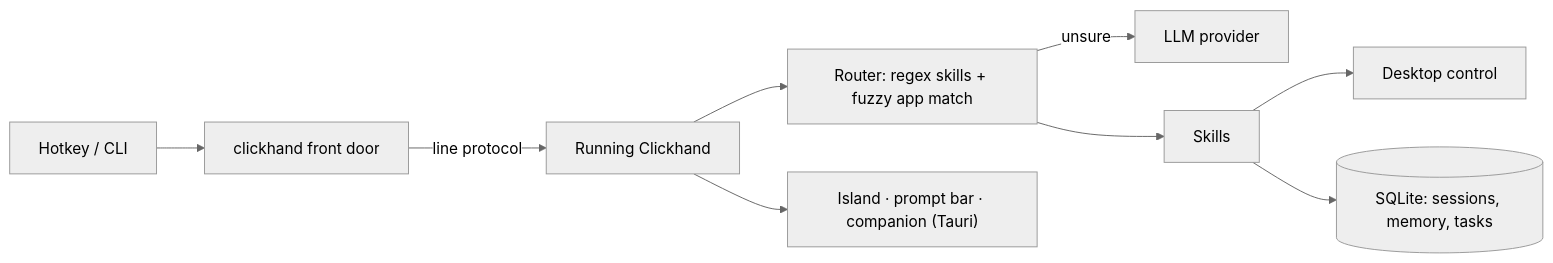
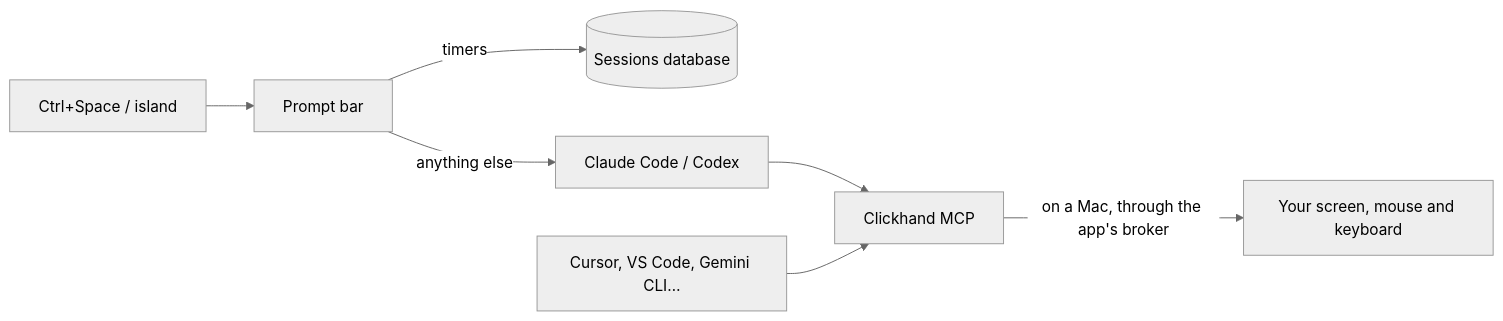
The diagram in README.md (ultron-hq/clickhand), drawn with Mermaid (neutral theme) before and after one commit. The commit also changed other lines of this file and 13 other files, not shown here.

````diff
--- a/README.md
+++ b/README.md
@@ -151,11 +120,9 @@
 ```mermaid
 flowchart LR
-  K["Hotkey / CLI"] --> D["clickhand front door"]
-  D -->|line protocol| A["Running Clickhand"]
-  A --> R["Router: regex skills + fuzzy app match"]
-  R -->|unsure| L["LLM provider"]
-  R --> S["Skills"]
-  S --> C["Desktop control"]
-  S --> M[("SQLite: sessions, memory, tasks")]
-  A --> U["Island · prompt bar · companion (Tauri)"]
+  K["Ctrl+Space / island"] --> B["Prompt bar"]
+  B -->|timers| T[("Sessions database")]
+  B -->|anything else| A["Claude Code / Codex"]
+  A --> H["Clickhand MCP"]
+  X["Cursor, VS Code, Gemini CLI…"] --> H
+  H -->|on a Mac, through the app's broker| D["Your screen, mouse and keyboard"]
 ```
````
